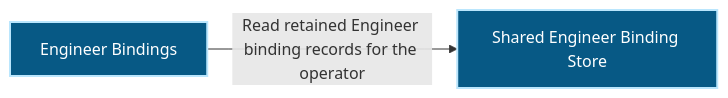
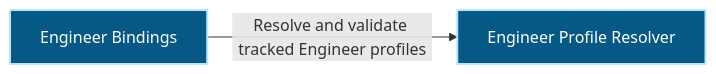
One commit to Ancienttwo/repo-harness changed the first of 2 diagrams in docs/architecture/modules/runtime-harness/engineer-bindings.md. Above: the diagram before and after it, drawn with Mermaid. The commit also changed other lines of this file and 27 other files, not shown here.

First line of the commit message:
chore(projection): refresh generated architecture outputs for main@bbf18043e43e

````diff
--- a/docs/architecture/modules/runtime-harness/engineer-bindings.md
+++ b/docs/architecture/modules/runtime-harness/engineer-bindings.md
@@ -16,10 +16,10 @@
 ```mermaid
 flowchart LR
   p1_capability_runtime_harness_engineer_bindings_34c00f72["Engineer Bindings"]:::component
-  p1_component_engineer_bindings_primary_e07af6cc["Shared Engineer Binding Store"]:::component
-  p1_capability_runtime_harness_engineer_bindings_34c00f72 -->|"Read retained Engineer binding records for the operator"| p1_component_engineer_bindings_primary_e07af6cc
+  p1_component_engineer_bindings_primary_e07af6cc["Engineer Profile Resolver"]:::component
+  p1_capability_runtime_harness_engineer_bindings_34c00f72 -->|"Resolve and validate tracked Engineer profiles"| p1_component_engineer_bindings_primary_e07af6cc
   classDef actor fill:#111827,color:#ffffff,stroke:#f9fafb,stroke-width:2px
   classDef component fill:#075985,color:#ffffff,stroke:#bae6fd,stroke-width:2px
   classDef datastore fill:#3f6212,color:#ffffff,stroke:#d9f99d,stroke-width:2px
   classDef external fill:#7c2d12,color:#ffffff,stroke:#fed7aa,stroke-width:2px
 ```
````
